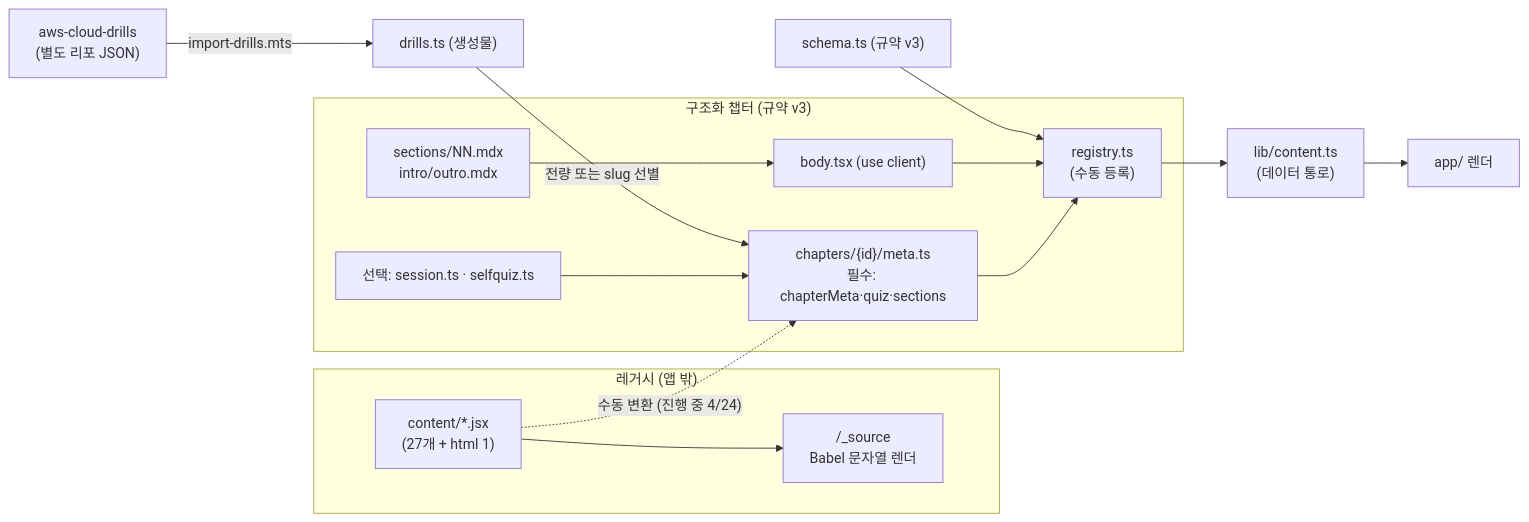
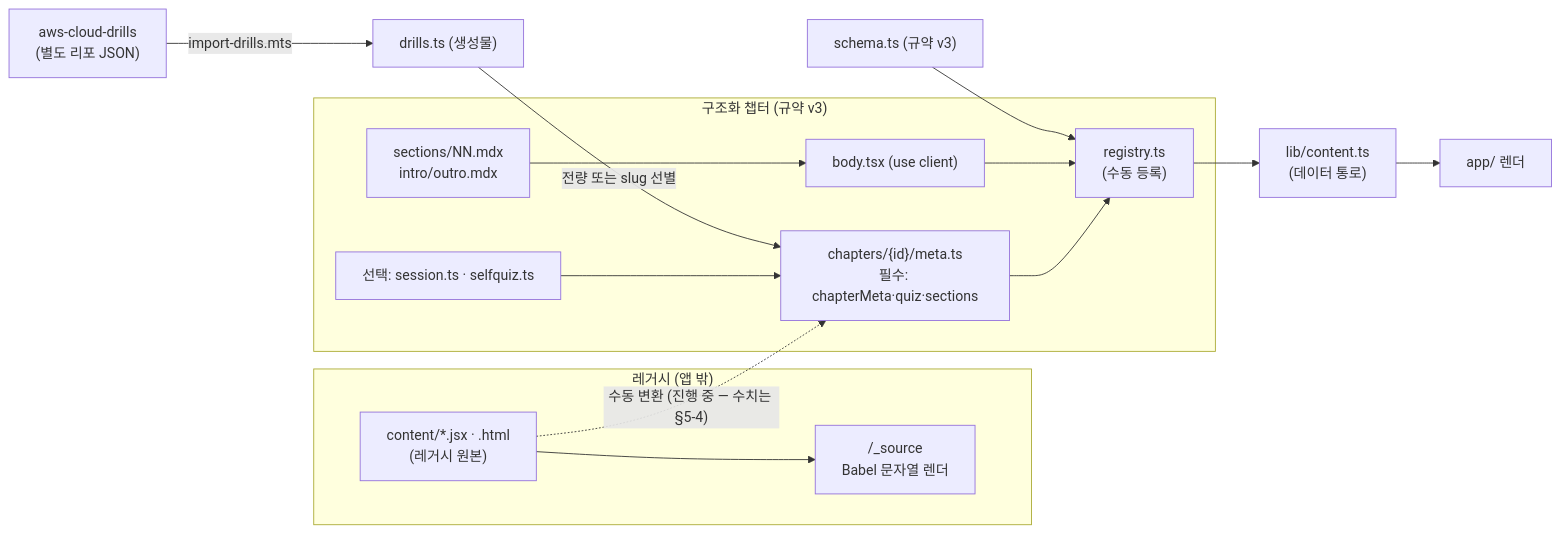
The third of 4 diagrams in docs/ARCHITECTURE.md (padahkim/aws-reps), drawn with Mermaid before and after one commit. The commit also changed other lines of this file and 4 other files, not shown here.

First line of the commit message:
chore(docs): generate ARCHITECTURE.md fact blocks + CI freshness gate

````diff
--- a/docs/ARCHITECTURE.md
+++ b/docs/ARCHITECTURE.md
@@ -182,25 +197,25 @@
 ```mermaid
 flowchart LR
   subgraph legacy["레거시 (앱 밖)"]
-    jsx["content/*.jsx<br/>(27개 + html 1)"] --> src["/_source<br/>Babel 문자열 렌더"]
+    jsx["content/*.jsx · .html<br/>(레거시 원본)"] --> src["/_source<br/>Babel 문자열 렌더"]
   end
 
   subgraph structured["구조화 챕터 (규약 v3)"]
     meta["chapters/{id}/meta.ts<br/>필수: chapterMeta·quiz·sections"]
     opt["선택: session.ts · selfquiz.ts"]
     mdx["sections/NN.mdx<br/>intro/outro.mdx"]
     bodytsx["body.tsx (use client)"]
     opt --> meta
     meta --> reg
     bodytsx --> reg
   end
 
   drillsrc["aws-cloud-drills<br/>(별도 리포 JSON)"] -->|"import-drills.mts"| drills["drills.ts (생성물)"]
   drills -->|"전량 또는 slug 선별"| meta
 
-  jsx -.->|"수동 변환 (진행 중 4/24)"| meta
+  jsx -.->|"수동 변환 (진행 중 — 수치는 §5-4)"| meta
   reg["registry.ts<br/>(수동 등록)"] --> libc["lib/content.ts<br/>(데이터 통로)"]
   schema["schema.ts (규약 v3)"] --> reg
   libc --> app["app/ 렌더"]
   mdx --> bodytsx
 ```
````
